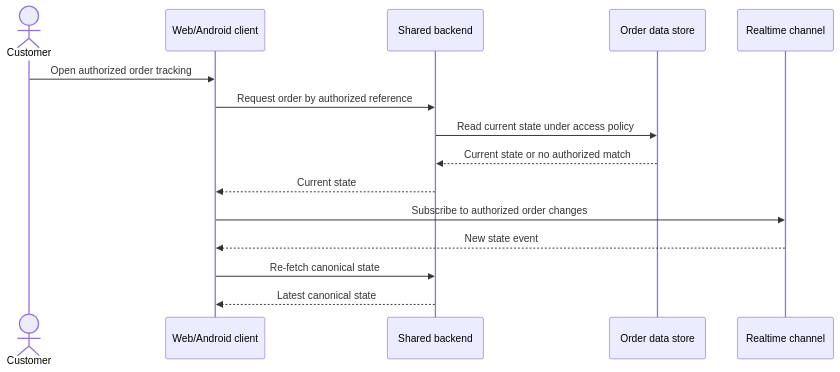
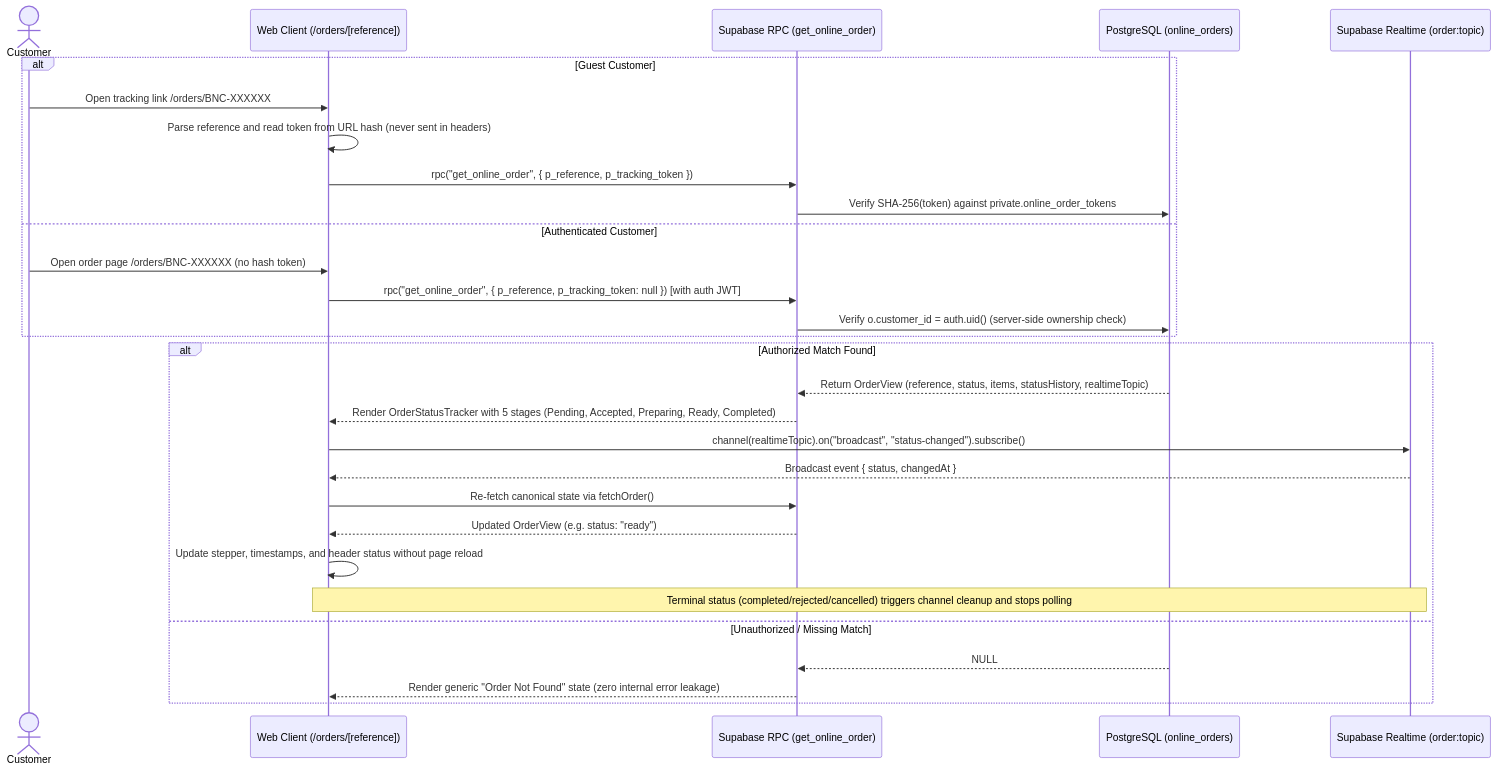
The fifth of 9 diagrams in docs/execution-paths.md (eendor/Brew-ni-Cat-Connect), drawn with Mermaid before and after one commit. The commit also changed other lines of this file and 18 other files, not shown here.

Commit message:
feat: implement live order tracking (FR-044 to FR-049)

````diff
--- a/docs/execution-paths.md
+++ b/docs/execution-paths.md
@@ -184,18 +184,33 @@
 ```mermaid
 sequenceDiagram
     actor Customer
-    participant Client as Web/Android client
-    participant Backend as Shared backend
-    participant Store as Order data store
-    participant Realtime as Realtime channel
+    participant Client as Web Client (/orders/[reference])
+    participant Backend as Supabase RPC (get_online_order)
+    participant Store as PostgreSQL (online_orders)
+    participant Realtime as Supabase Realtime (order:topic)
 
-    Customer->>Client: Open authorized order tracking
-    Client->>Backend: Request order by authorized reference
-    Backend->>Store: Read current state under access policy
-    Store-->>Backend: Current state or no authorized match
-    Backend-->>Client: Current state
-    Client->>Realtime: Subscribe to authorized order changes
-    Realtime-->>Client: New state event
-    Client->>Backend: Re-fetch canonical state
-    Backend-->>Client: Latest canonical state
+    alt Guest Customer
+        Customer->>Client: Open tracking link /orders/BNC-XXXXXX#token=43charToken
+        Client->>Client: Parse reference and read token from URL hash (never sent in headers)
+        Client->>Backend: rpc("get_online_order", { p_reference, p_tracking_token })
+        Backend->>Store: Verify SHA-256(token) against private.online_order_tokens
+    else Authenticated Customer
+        Customer->>Client: Open order page /orders/BNC-XXXXXX (no hash token)
+        Client->>Backend: rpc("get_online_order", { p_reference, p_tracking_token: null }) [with auth JWT]
+        Backend->>Store: Verify o.customer_id = auth.uid() (server-side ownership check)
+    end
+
+    alt Authorized Match Found
+        Store-->>Backend: Return OrderView (reference, status, items, statusHistory, realtimeTopic)
+        Backend-->>Client: Render OrderStatusTracker with 5 stages (Pending, Accepted, Preparing, Ready, Completed)
+        Client->>Realtime: channel(realtimeTopic).on("broadcast", "status-changed").subscribe()
+        Realtime-->>Client: Broadcast event { status, changedAt }
+        Client->>Backend: Re-fetch canonical state via fetchOrder()
+        Backend-->>Client: Updated OrderView (e.g. status: "ready")
+        Client->>Client: Update stepper, timestamps, and header status without page reload
+        Note over Client,Realtime: Terminal status (completed/rejected/cancelled) triggers channel cleanup and stops polling
+    else Unauthorized / Missing Match
+        Store-->>Backend: NULL
+        Backend-->>Client: Render generic "Order Not Found" state (zero internal error leakage)
+    end
 ```
````
